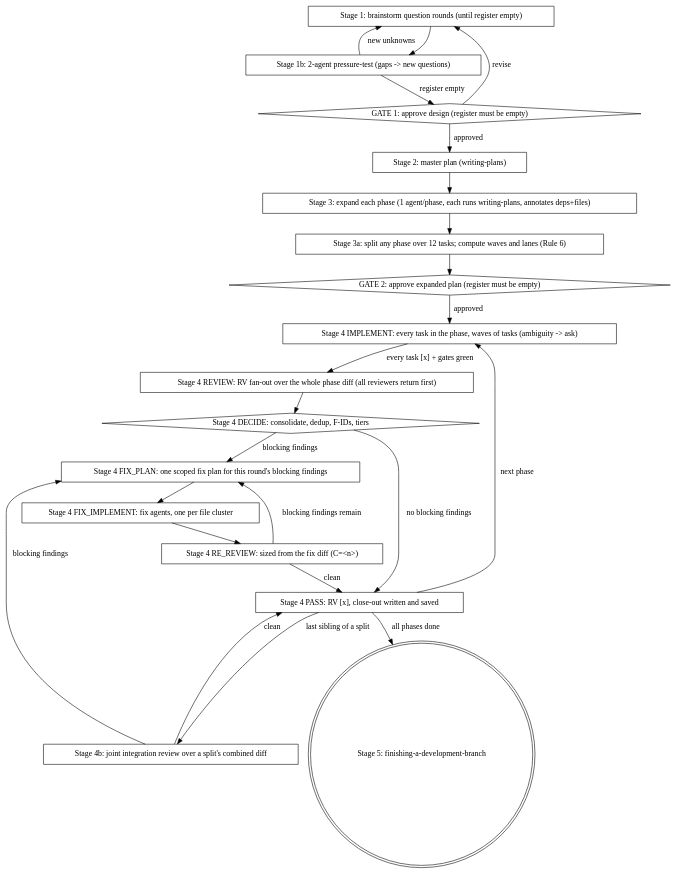
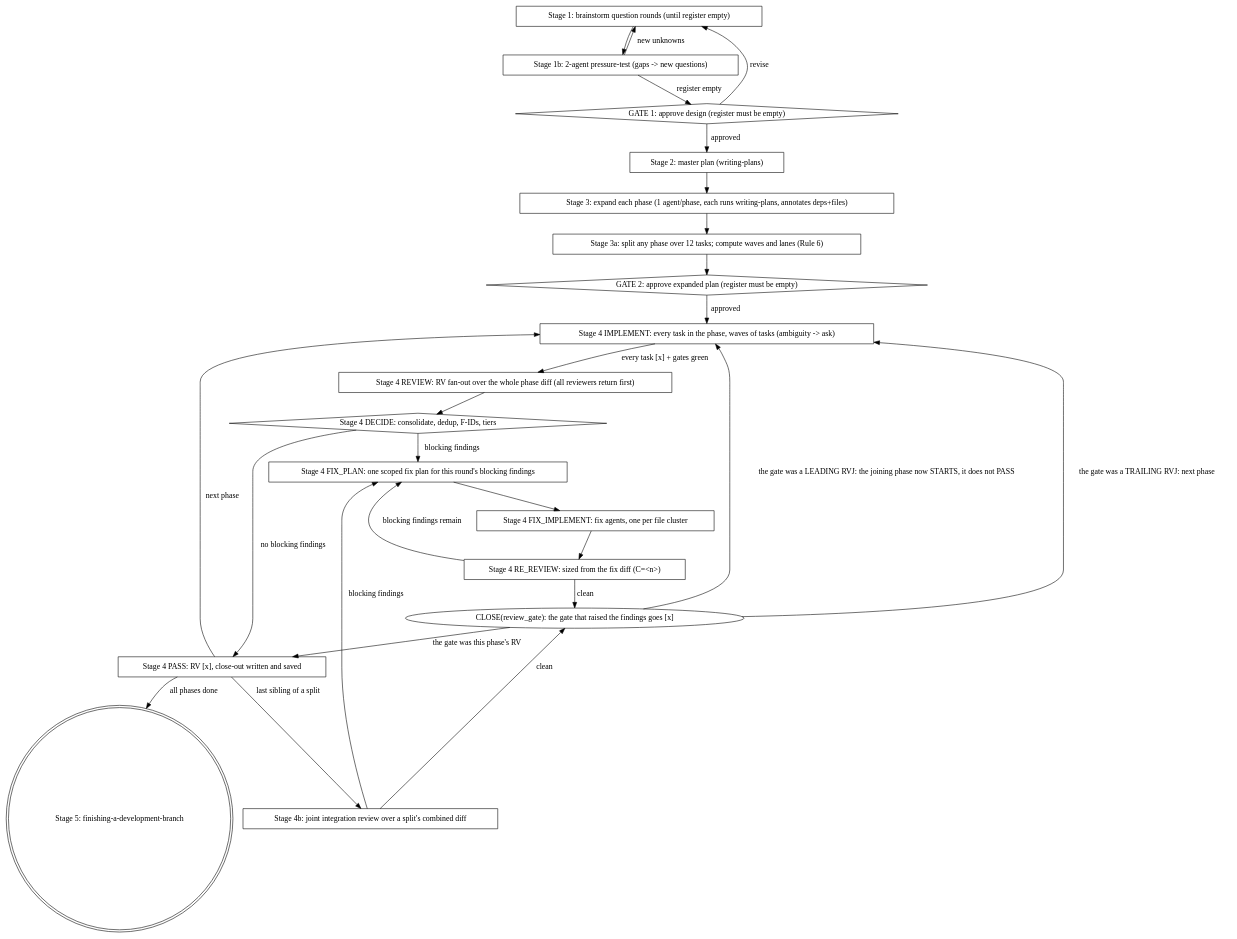
One commit to kardebadas/claude-plugin changed the diagram in plugins/superb/skills/pipeline/SKILL.md. Above: the diagram before and after it, drawn with Graphviz. The commit also changed other lines of this file and 9 other files, not shown here.

````diff
--- a/plugins/superb/skills/pipeline/SKILL.md
+++ b/plugins/superb/skills/pipeline/SKILL.md
@@ -596,43 +596,46 @@
 ```dot
 digraph pipeline {
     "Stage 1: brainstorm question rounds (until register empty)" [shape=box];
     "Stage 1b: 2-agent pressure-test (gaps -> new questions)" [shape=box];
     "GATE 1: approve design (register must be empty)" [shape=diamond];
     "Stage 2: master plan (writing-plans)" [shape=box];
     "Stage 3: expand each phase (1 agent/phase, each runs writing-plans, annotates deps+files)" [shape=box];
     "Stage 3a: split any phase over 12 tasks; compute waves and lanes (Rule 6)" [shape=box];
     "GATE 2: approve expanded plan (register must be empty)" [shape=diamond];
     "Stage 4 IMPLEMENT: every task in the phase, waves of tasks (ambiguity -> ask)" [shape=box];
     "Stage 4 REVIEW: RV fan-out over the whole phase diff (all reviewers return first)" [shape=box];
     "Stage 4 DECIDE: consolidate, dedup, F-IDs, tiers" [shape=diamond];
     "Stage 4 FIX_PLAN: one scoped fix plan for this round's blocking findings" [shape=box];
     "Stage 4 FIX_IMPLEMENT: fix agents, one per file cluster" [shape=box];
     "Stage 4 RE_REVIEW: sized from the fix diff (C=<n>)" [shape=box];
     "Stage 4 PASS: RV [x], close-out written and saved" [shape=box];
     "Stage 4b: joint integration review over a split's combined diff" [shape=box];
     "Stage 5: finishing-a-development-branch" [shape=doublecircle];
 
     "Stage 1: brainstorm question rounds (until register empty)" -> "Stage 1b: 2-agent pressure-test (gaps -> new questions)";
     "Stage 1b: 2-agent pressure-test (gaps -> new questions)" -> "Stage 1: brainstorm question rounds (until register empty)" [label="new unknowns"];
     "Stage 1b: 2-agent pressure-test (gaps -> new questions)" -> "GATE 1: approve design (register must be empty)" [label="register empty"];
     "GATE 1: approve design (register must be empty)" -> "Stage 1: brainstorm question rounds (until register empty)" [label="revise"];
     "GATE 1: approve design (register must be empty)" -> "Stage 2: master plan (writing-plans)" [label="approved"];
     "Stage 2: master plan (writing-plans)" -> "Stage 3: expand each phase (1 agent/phase, each runs writing-plans, annotates deps+files)";
     "Stage 3: expand each phase (1 agent/phase, each runs writing-plans, annotates deps+files)" -> "Stage 3a: split any phase over 12 tasks; compute waves and lanes (Rule 6)";
     "Stage 3a: split any phase over 12 tasks; compute waves and lanes (Rule 6)" -> "GATE 2: approve expanded plan (register must be empty)";
     "GATE 2: approve expanded plan (register must be empty)" -> "Stage 4 IMPLEMENT: every task in the phase, waves of tasks (ambiguity -> ask)" [label="approved"];
     "Stage 4 IMPLEMENT: every task in the phase, waves of tasks (ambiguity -> ask)" -> "Stage 4 REVIEW: RV fan-out over the whole phase diff (all reviewers return first)" [label="every task [x] + gates green"];
     "Stage 4 REVIEW: RV fan-out over the whole phase diff (all reviewers return first)" -> "Stage 4 DECIDE: consolidate, dedup, F-IDs, tiers";
     "Stage 4 DECIDE: consolidate, dedup, F-IDs, tiers" -> "Stage 4 PASS: RV [x], close-out written and saved" [label="no blocking findings"];
     "Stage 4 DECIDE: consolidate, dedup, F-IDs, tiers" -> "Stage 4 FIX_PLAN: one scoped fix plan for this round's blocking findings" [label="blocking findings"];
     "Stage 4 FIX_PLAN: one scoped fix plan for this round's blocking findings" -> "Stage 4 FIX_IMPLEMENT: fix agents, one per file cluster";
     "Stage 4 FIX_IMPLEMENT: fix agents, one per file cluster" -> "Stage 4 RE_REVIEW: sized from the fix diff (C=<n>)";
     "Stage 4 RE_REVIEW: sized from the fix diff (C=<n>)" -> "Stage 4 FIX_PLAN: one scoped fix plan for this round's blocking findings" [label="blocking findings remain"];
-    "Stage 4 RE_REVIEW: sized from the fix diff (C=<n>)" -> "Stage 4 PASS: RV [x], close-out written and saved" [label="clean"];
+    "Stage 4 RE_REVIEW: sized from the fix diff (C=<n>)" -> "CLOSE(review_gate): the gate that raised the findings goes [x]" [label="clean"];
+    "CLOSE(review_gate): the gate that raised the findings goes [x]" -> "Stage 4 PASS: RV [x], close-out written and saved" [label="the gate was this phase's RV"];
+    "CLOSE(review_gate): the gate that raised the findings goes [x]" -> "Stage 4 IMPLEMENT: every task in the phase, waves of tasks (ambiguity -> ask)" [label="the gate was a LEADING RVJ: the joining phase now STARTS, it does not PASS"];
+    "CLOSE(review_gate): the gate that raised the findings goes [x]" -> "Stage 4 IMPLEMENT: every task in the phase, waves of tasks (ambiguity -> ask)" [label="the gate was a TRAILING RVJ: next phase"];
     "Stage 4 PASS: RV [x], close-out written and saved" -> "Stage 4b: joint integration review over a split's combined diff" [label="last sibling of a split"];
     "Stage 4b: joint integration review over a split's combined diff" -> "Stage 4 FIX_PLAN: one scoped fix plan for this round's blocking findings" [label="blocking findings"];
-    "Stage 4b: joint integration review over a split's combined diff" -> "Stage 4 PASS: RV [x], close-out written and saved" [label="clean"];
+    "Stage 4b: joint integration review over a split's combined diff" -> "CLOSE(review_gate): the gate that raised the findings goes [x]" [label="clean"];
     "Stage 4 PASS: RV [x], close-out written and saved" -> "Stage 4 IMPLEMENT: every task in the phase, waves of tasks (ambiguity -> ask)" [label="next phase"];
     "Stage 4 PASS: RV [x], close-out written and saved" -> "Stage 5: finishing-a-development-branch" [label="all phases done"];
 }
 ```
````
